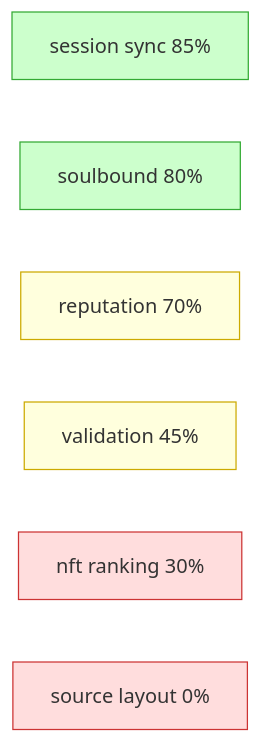
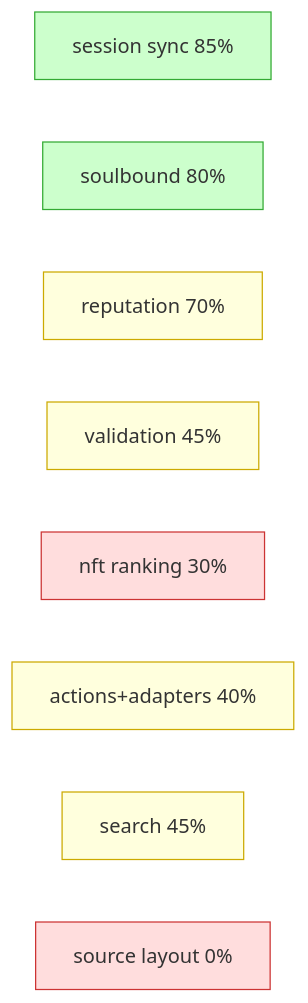
The second of 3 diagrams in plans/00-overview.md (IQCoreTeam/AgentNet), drawn with Mermaid before and after one commit. The commit also changed other lines of this file and 9 other files, not shown here.

First line of the commit message:
Add actions/adapters + search plans; rewire overview map; add authors; strip process-narration

````diff
--- a/plans/00-overview.md
+++ b/plans/00-overview.md
@@ -135,12 +153,14 @@
 ```mermaid
 flowchart LR
     S1["session sync 85%"]:::g
     S2["soulbound 80%"]:::g
     S3["reputation 70%"]:::y
     S4["validation 45%"]:::y
     S5["nft ranking 30%"]:::r
-    S6["source layout 0%"]:::r
+    S6["actions+adapters 40%"]:::y
+    S7["search 45%"]:::y
+    S8["source layout 0%"]:::r
     classDef g fill:#cfc,stroke:#3a3
     classDef y fill:#ffd,stroke:#ca0
     classDef r fill:#fdd,stroke:#c33
 ```
````
